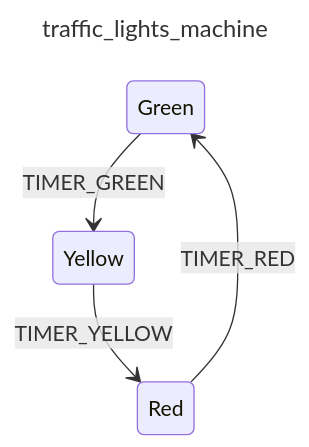
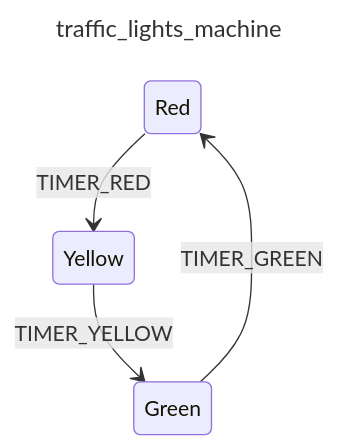
One commit to tarfin-labs/event-machine-deck changed the diagram in slides/initial-state-1.md. Above: the diagram before and after it, drawn with Mermaid. The commit also changed 11 other files, not shown here.

````diff
--- a/slides/initial-state-1.md
+++ b/slides/initial-state-1.md
@@ -40,10 +40,9 @@
 ```mermaid {theme: 'neutral', scale: 0.75}
 ---
 title: traffic_lights_machine
 ---
 stateDiagram-v2
-    Green
-    Green --> Yellow: TIMER_GREEN
-    Yellow --> Red: TIMER_YELLOW
-    Red --> Green: TIMER_RED
+    Red --> Yellow: TIMER_RED
+    Yellow --> Green: TIMER_YELLOW
+    Green --> Red: TIMER_GREEN
 ```
````
